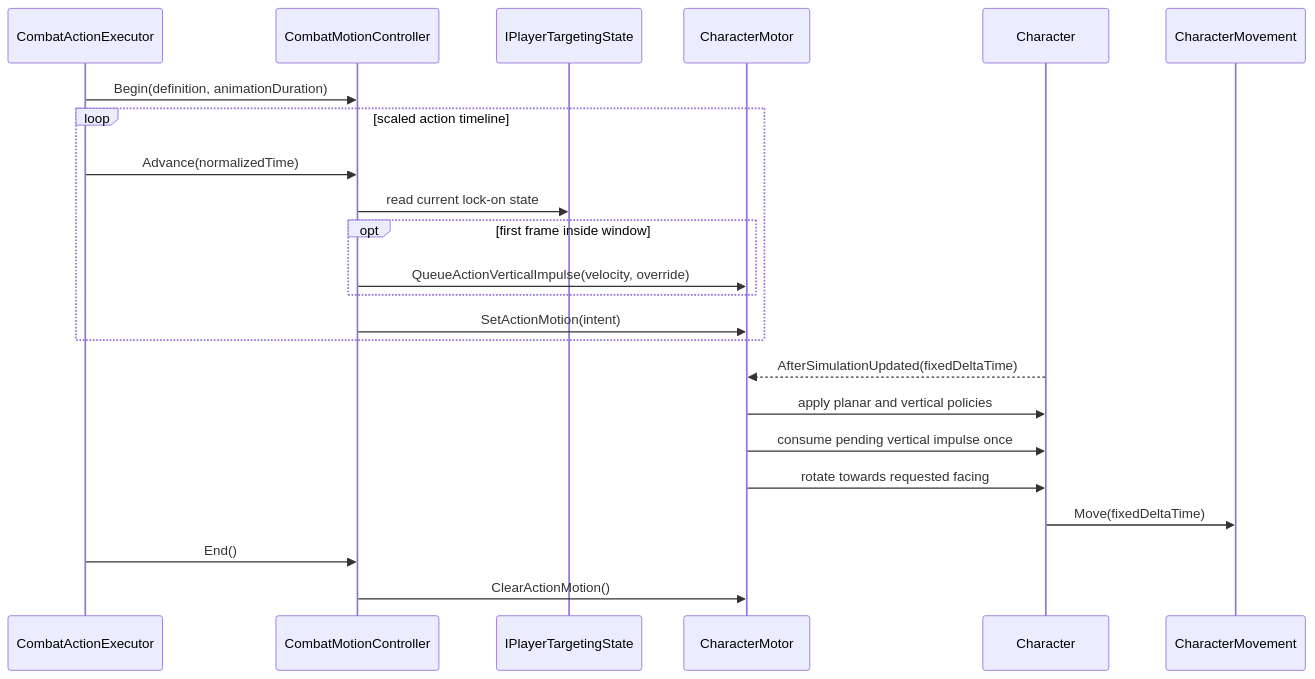
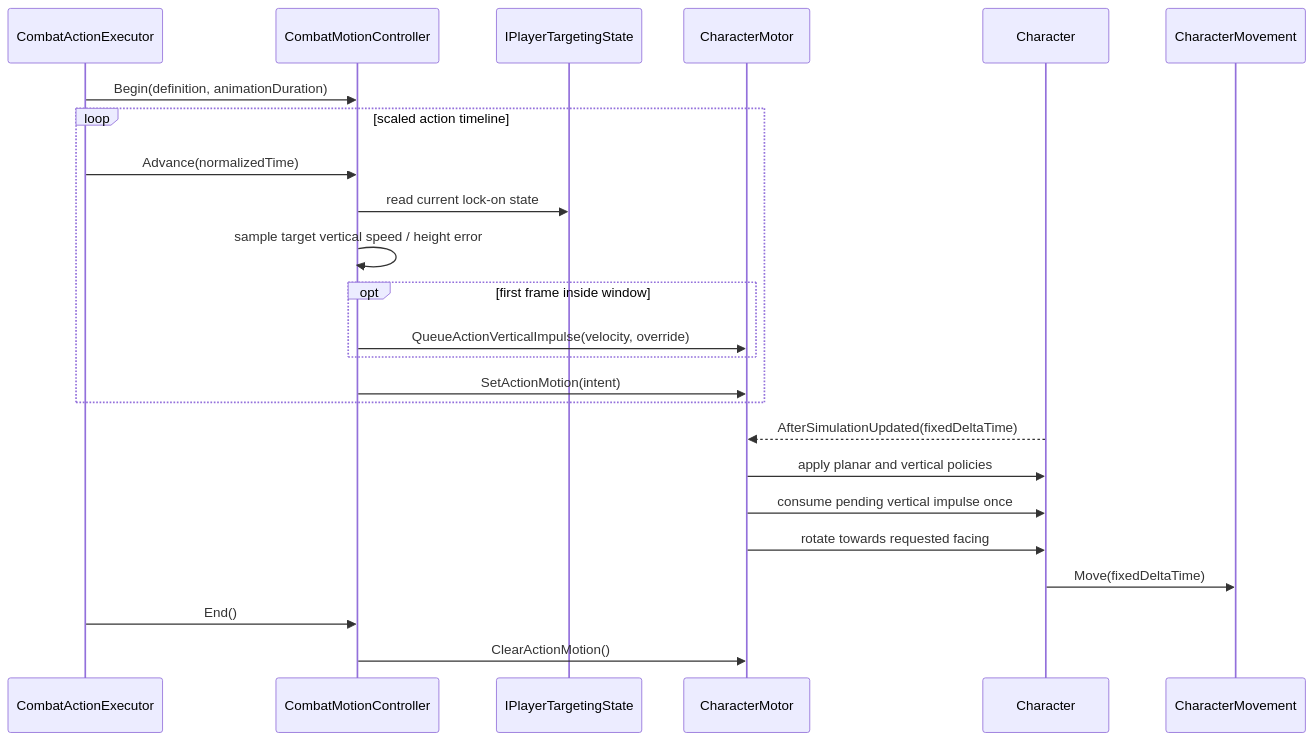
Before and after one commit to MaximFonariuc/project-s: the second of 2 diagrams in Docs/Architecture/Combat.Motion.md, drawn with Mermaid. The commit also changed other lines of this file and 8 other files, not shown here.

````diff
--- a/Docs/Architecture/Combat.Motion.md
+++ b/Docs/Architecture/Combat.Motion.md
@@ -116,26 +127,27 @@
 ```mermaid
 sequenceDiagram
     participant Action as CombatActionExecutor
     participant Motion as CombatMotionController
     participant Target as IPlayerTargetingState
     participant Motor as CharacterMotor
     participant Character
     participant Physics as CharacterMovement
 
     Action->>Motion: Begin(definition, animationDuration)
     loop scaled action timeline
         Action->>Motion: Advance(normalizedTime)
         Motion->>Target: read current lock-on state
+        Motion->>Motion: sample target vertical speed / height error
         opt first frame inside window
             Motion->>Motor: QueueActionVerticalImpulse(velocity, override)
         end
         Motion->>Motor: SetActionMotion(intent)
     end
     Character-->>Motor: AfterSimulationUpdated(fixedDeltaTime)
     Motor->>Character: apply planar and vertical policies
     Motor->>Character: consume pending vertical impulse once
     Motor->>Character: rotate towards requested facing
     Character->>Physics: Move(fixedDeltaTime)
     Action->>Motion: End()
     Motion->>Motor: ClearActionMotion()
 ```
````
